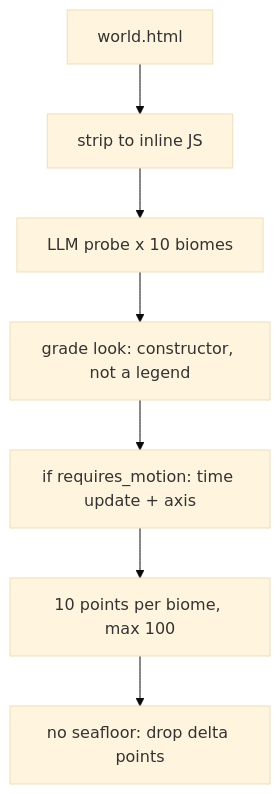
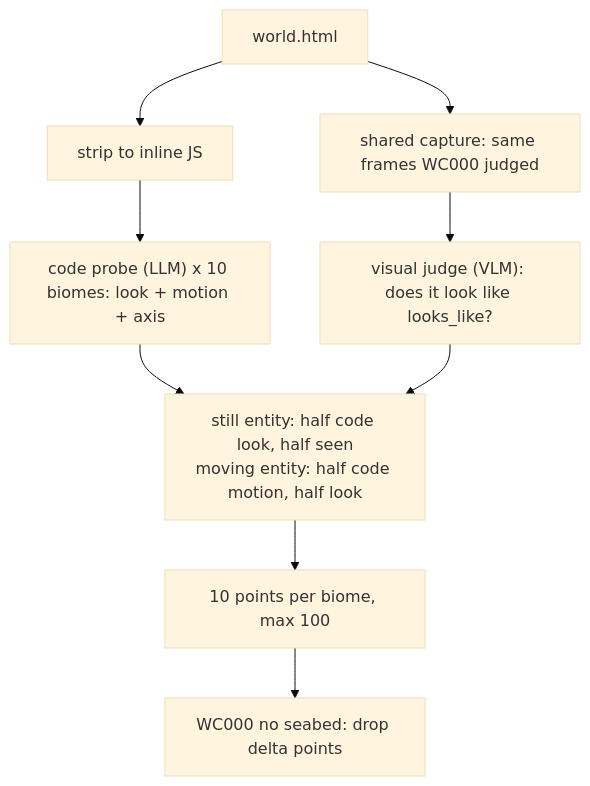
Before and after one commit to KrishBakshi/worldbench: the diagram in tests/WC004_biome_rendering/README.md, drawn with Mermaid (base theme). The commit also changed other lines of this file and 29 other files, not shown here.

First line of the commit message:
WC005 on pinned-clock frames, fixed 280-pt ladder, capture in validate, rate-limit safety.

````diff
--- a/tests/WC004_biome_rendering/README.md
+++ b/tests/WC004_biome_rendering/README.md
@@ -11,10 +11,12 @@
 ```mermaid
 flowchart TD
     html["world.html"]
     html --> strip["strip to inline JS"]
-    strip --> probe["LLM probe x 10 biomes"]
-    probe --> look["grade look: constructor, not a legend"]
-    look --> motion["if requires_motion: time update + axis"]
-    motion --> score["10 points per biome, max 100"]
-    score --> gate["no seafloor: drop delta points"]
+    strip --> probe["code probe (LLM) x 10 biomes: look + motion + axis"]
+    html --> cap["shared capture: same frames WC000 judged"]
+    cap --> vis["visual judge (VLM): does it look like looks_like?"]
+    probe --> grade["still entity: half code look, half seen\nmoving entity: half code motion, half look"]
+    vis --> grade
+    grade --> score["10 points per biome, max 100"]
+    score --> gate["WC000 no seabed: drop delta points"]
 ```
````
